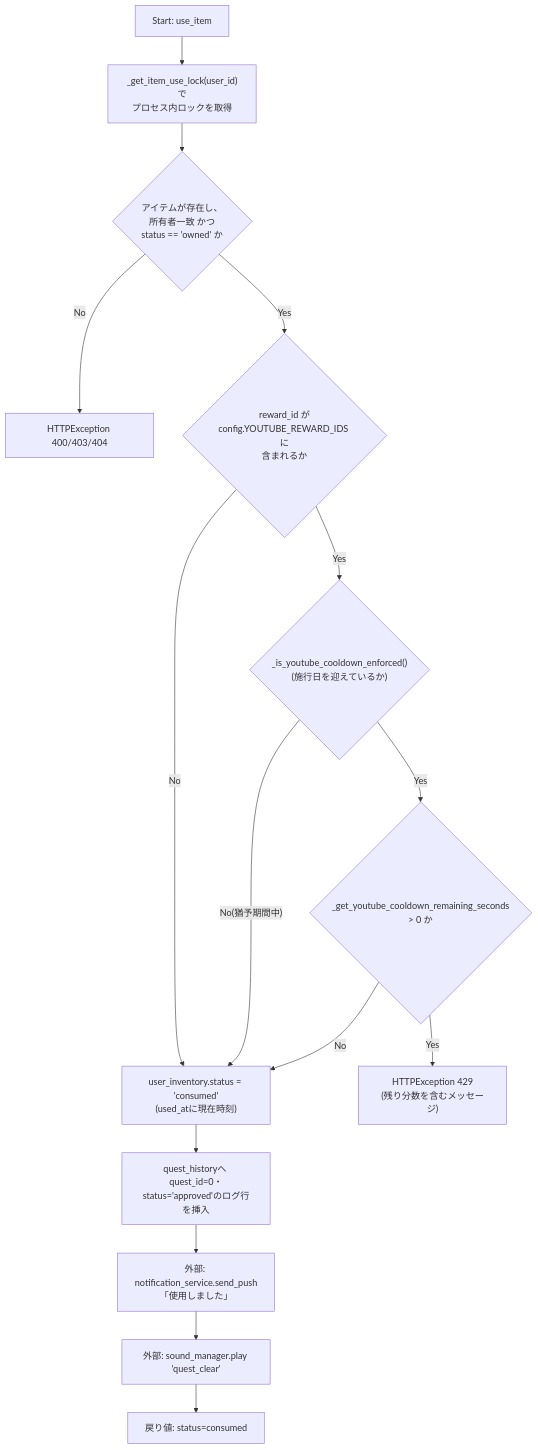
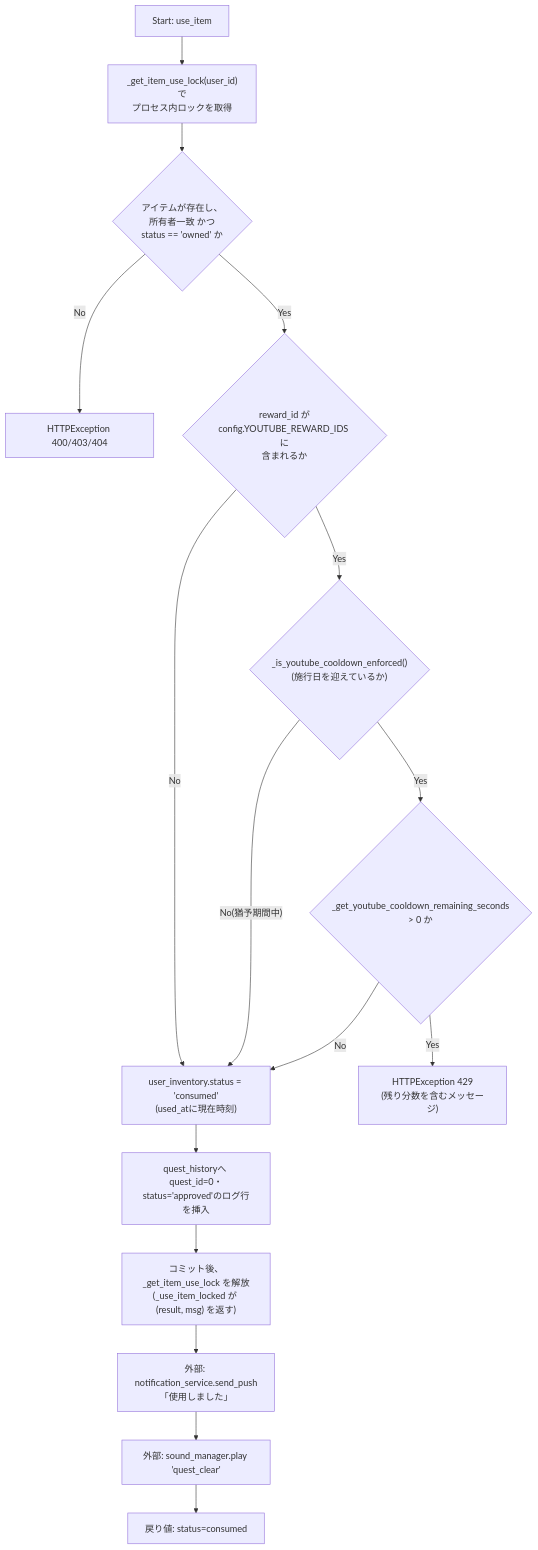
Before and after one commit to mmtigers/my_python_project: the fourth of 5 diagrams in docs/specifications/MY_HOME_SYSTEM/quest_service.md, drawn with Mermaid. The commit also changed other lines of this file and 68 other files, not shown here.

````diff
--- a/docs/specifications/MY_HOME_SYSTEM/quest_service.md
+++ b/docs/specifications/MY_HOME_SYSTEM/quest_service.md
@@ -804,17 +804,18 @@
 ```mermaid
 flowchart TD
     UStart[Start: use_item] --> ULock["_get_item_use_lock(user_id)で<br>プロセス内ロックを取得"]
     ULock --> UCheck{"アイテムが存在し、<br>所有者一致 かつ<br>status == 'owned' か"}
     UCheck -- No --> UErr[HTTPException 400/403/404]
     UCheck -- Yes --> UYoutubeCheck{"reward_id が<br>config.YOUTUBE_REWARD_IDS に<br>含まれるか"}
     UYoutubeCheck -- No --> USetConsumed
     UYoutubeCheck -- Yes --> UEnforcedCheck{"_is_youtube_cooldown_enforced()<br>(施行日を迎えているか)"}
     UEnforcedCheck -- No(猶予期間中) --> USetConsumed
     UEnforcedCheck -- Yes --> UCooldownCheck{"_get_youtube_cooldown_remaining_seconds<br>> 0 か"}
     UCooldownCheck -- Yes --> UCooldownErr["HTTPException 429<br>(残り分数を含むメッセージ)"]
     UCooldownCheck -- No --> USetConsumed["user_inventory.status = 'consumed'<br>(used_atに現在時刻)"]
     USetConsumed --> UInsertHistory["quest_historyへ quest_id=0・<br>status='approved'のログ行を挿入"]
-    UInsertHistory --> UNotify["外部: notification_service.send_push<br>「使用しました」"]
+    UInsertHistory --> UUnlock["コミット後、_get_item_use_lock を解放<br>(_use_item_locked が (result, msg) を返す)"]
+    UUnlock --> UNotify["外部: notification_service.send_push<br>「使用しました」"]
     UNotify --> UPlaySound["外部: sound_manager.play 'quest_clear'"]
     UPlaySound --> UReturn["戻り値: status=consumed"]
 ```
````
